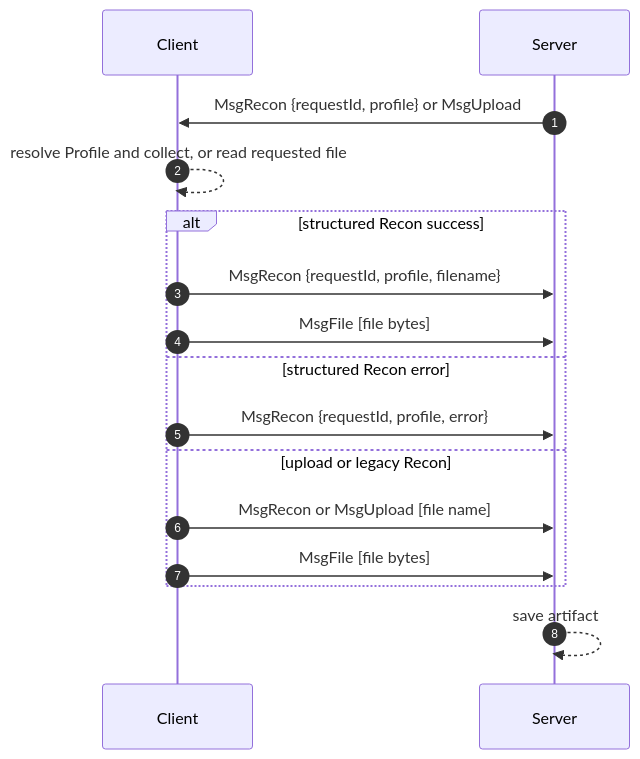
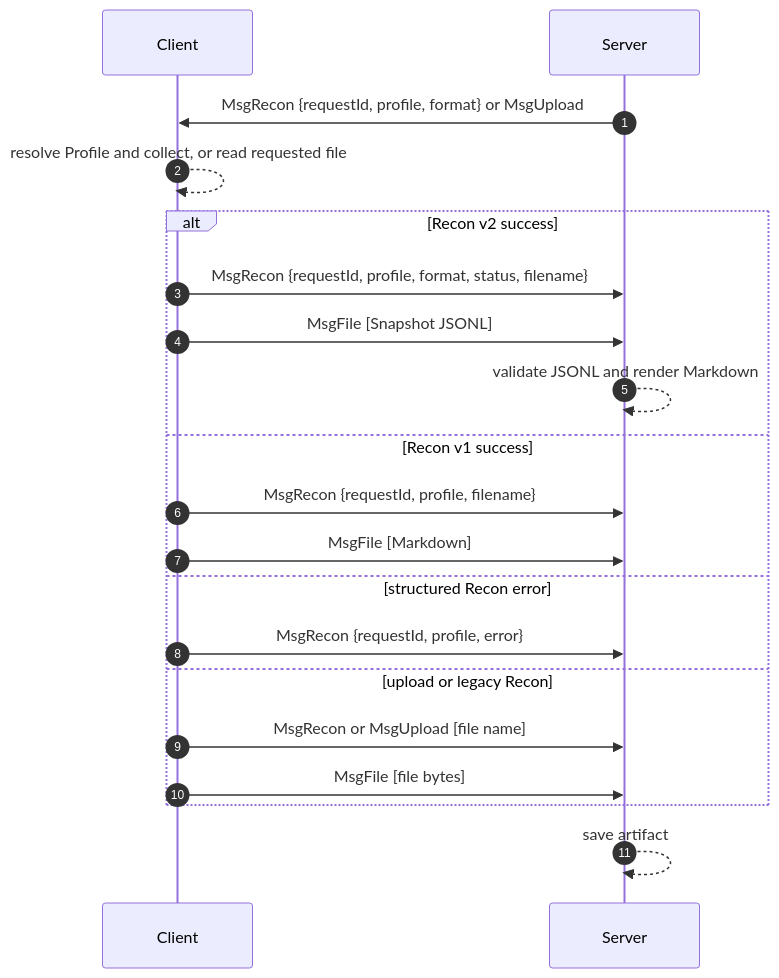
Before and after one commit to SignorMercurio/siren_docs: the second of 6 diagrams in content/docs/(siren)/protocol.mdx, drawn with Mermaid. The commit also changed other lines of this file and 12 other files, not shown here.

````diff
--- a/content/docs/(siren)/protocol.mdx
+++ b/content/docs/(siren)/protocol.mdx
@@ -116,18 +125,22 @@
 ```mermaid
 sequenceDiagram
     autonumber
     participant C as Client
     participant S as Server
-    S->>C: MsgRecon {requestId, profile} or MsgUpload
+    S->>C: MsgRecon {requestId, profile, format} or MsgUpload
     C-->>C: resolve Profile and collect, or read requested file
-    alt structured Recon success
+    alt Recon v2 success
+        C->>S: MsgRecon {requestId, profile, format, status, filename}
+        C->>S: MsgFile [Snapshot JSONL]
+        S-->>S: validate JSONL and render Markdown
+    else Recon v1 success
         C->>S: MsgRecon {requestId, profile, filename}
-        C->>S: MsgFile [file bytes]
+        C->>S: MsgFile [Markdown]
     else structured Recon error
         C->>S: MsgRecon {requestId, profile, error}
     else upload or legacy Recon
         C->>S: MsgRecon or MsgUpload [file name]
         C->>S: MsgFile [file bytes]
     end
     S-->>S: save artifact
 ```
````
